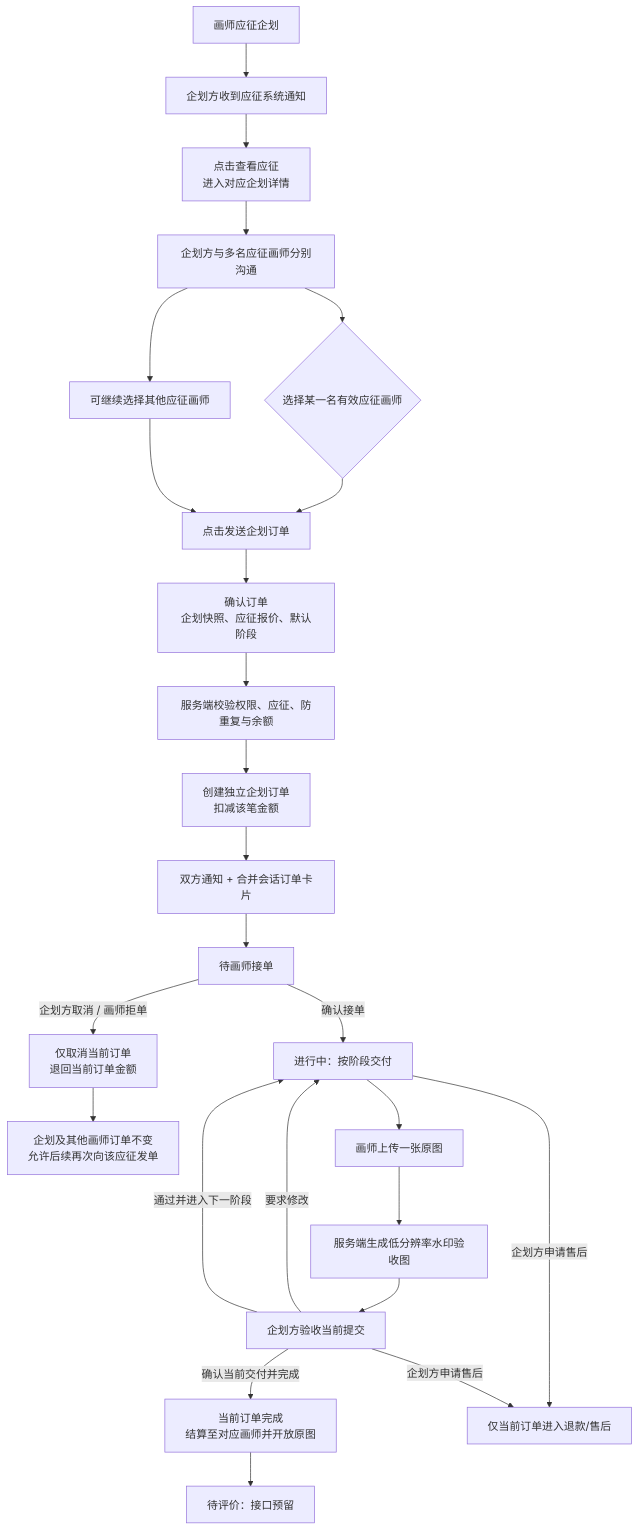
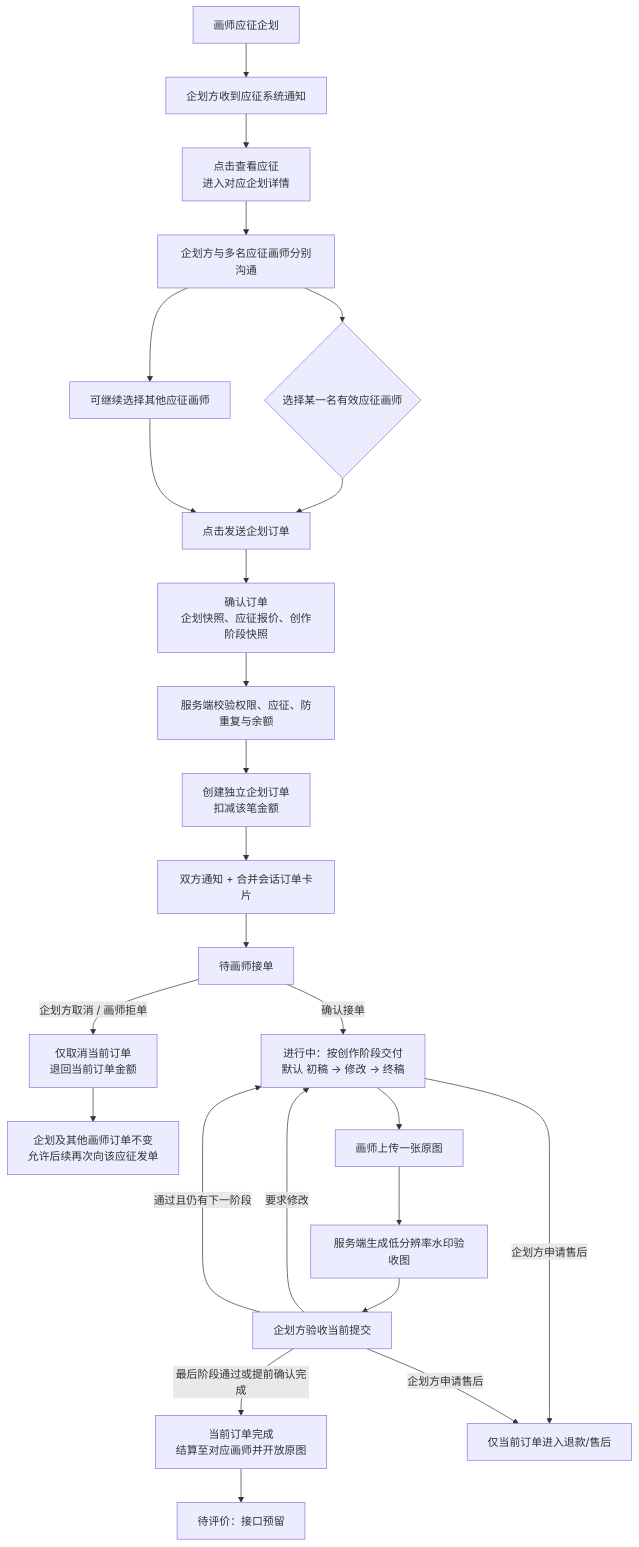
The diagram in docs/企划订单交易状态流转.mmd (shizunana/Artiv), drawn with Mermaid before and after one commit. The commit also changed other lines of this file and 9 other files, not shown here.

```diff
--- a/docs/企划订单交易状态流转.mmd
+++ b/docs/企划订单交易状态流转.mmd
@@ -1,28 +1,28 @@
 flowchart TD
   A[画师应征企划] --> B[企划方收到应征系统通知]
   B --> C[点击查看应征\n进入对应企划详情]
   C --> D[企划方与多名应征画师分别沟通]
   D --> E{选择某一名有效应征画师}
   E --> F[点击发送企划订单]
-  F --> G[确认订单\n企划快照、应征报价、默认阶段]
+  F --> G[确认订单\n企划快照、应征报价、创作阶段快照]
   G --> H[服务端校验权限、应征、防重复与余额]
   H --> I[创建独立企划订单\n扣减该笔金额]
   I --> J[双方通知 + 合并会话订单卡片]
   J --> K[待画师接单]
 
-  K -->|确认接单| L[进行中：按阶段交付]
+  K -->|确认接单| L[进行中：按创作阶段交付\n默认 初稿 → 修改 → 终稿]
   K -->|企划方取消 / 画师拒单| X[仅取消当前订单\n退回当前订单金额]
   X --> Y[企划及其他画师订单不变\n允许后续再次向该应征发单]
 
   L --> M[画师上传一张原图]
   M --> N[服务端生成低分辨率水印验收图]
   N --> O[企划方验收当前提交]
   O -->|要求修改| L
-  O -->|通过并进入下一阶段| L
-  O -->|确认当前交付并完成| P[当前订单完成\n结算至对应画师并开放原图]
+  O -->|通过且仍有下一阶段| L
+  O -->|最后阶段通过或提前确认完成| P[当前订单完成\n结算至对应画师并开放原图]
   P --> Q[待评价：接口预留]
   L -->|企划方申请售后| S[仅当前订单进入退款/售后]
   O -->|企划方申请售后| S
 
   D --> R[可继续选择其他应征画师]
   R --> F
```
